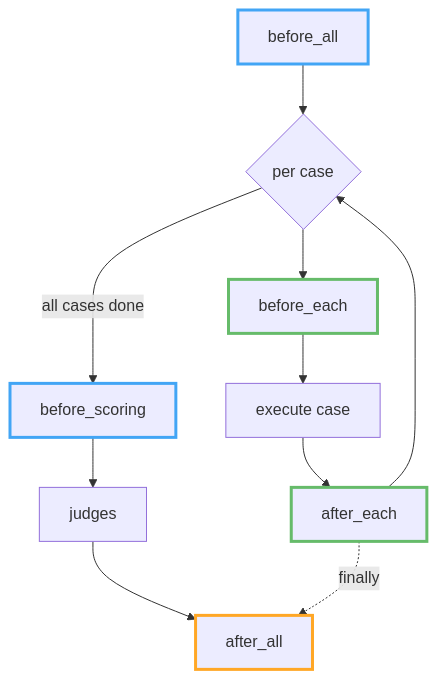
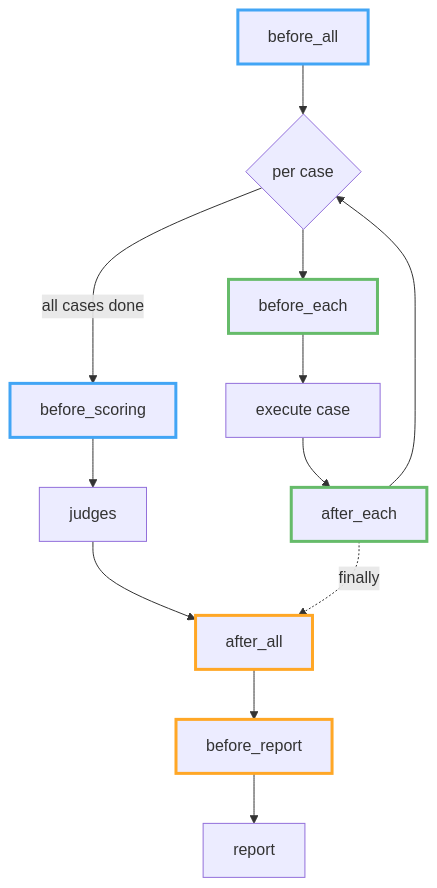
One commit to GuyZivRH/agent-eval-harness changed the diagram in website/concepts/lifecycle-hooks.md. Above: the diagram before and after it, drawn with Mermaid. The commit also changed other lines of this file and 3 other files, not shown here.

First line of the commit message:
docs: add before_report hook phase + note reward section is reward-config-gated

````diff
--- a/website/concepts/lifecycle-hooks.md
+++ b/website/concepts/lifecycle-hooks.md
@@ -26,19 +27,21 @@
 ```mermaid
 flowchart TD
     A[before_all] --> B{per case}
     B --> C[before_each] --> D[execute case] --> E[after_each]
     E --> B
     B -->|all cases done| F[before_scoring] --> G[judges] --> H[after_all]
+    H --> R[before_report] --> RPT[report]
     E -.finally.-> H
     %% Color-code phases with borders, NOT fills. Material renders Mermaid in a
     %% closed shadow DOM and forces node label text to a theme-adaptive color
     %% (white in dark mode) that page CSS can't reach; a light fill would leave
     %% white-on-light text. Leaving the fill to the theme keeps the label
     %% readable (white on the dark node), and a colored stroke carries the
     %% grouping legibly in both light and dark modes.
     style A stroke:#42a5f5,stroke-width:3px
     style F stroke:#42a5f5,stroke-width:3px
     style H stroke:#ffa726,stroke-width:3px
+    style R stroke:#ffa726,stroke-width:3px
     style C stroke:#66bb6a,stroke-width:3px
     style E stroke:#66bb6a,stroke-width:3px
 ```
````
